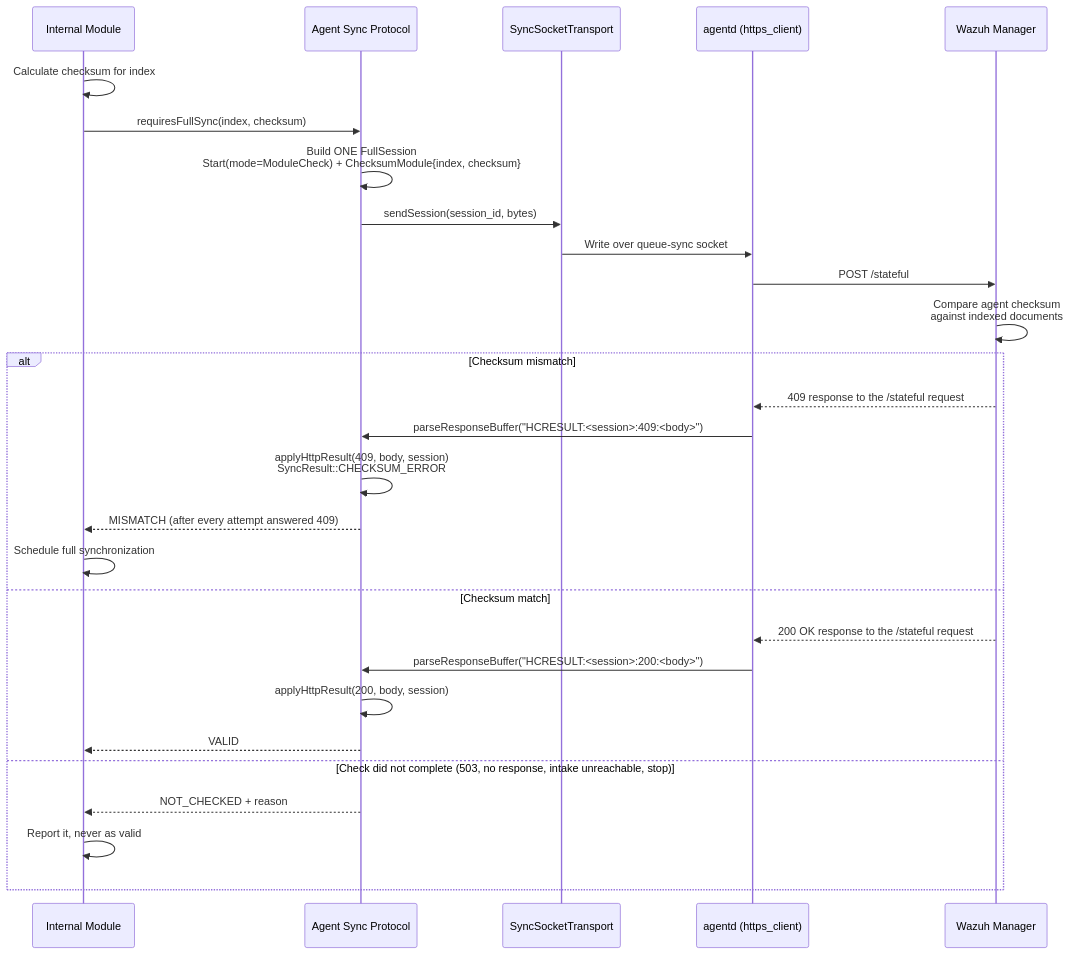
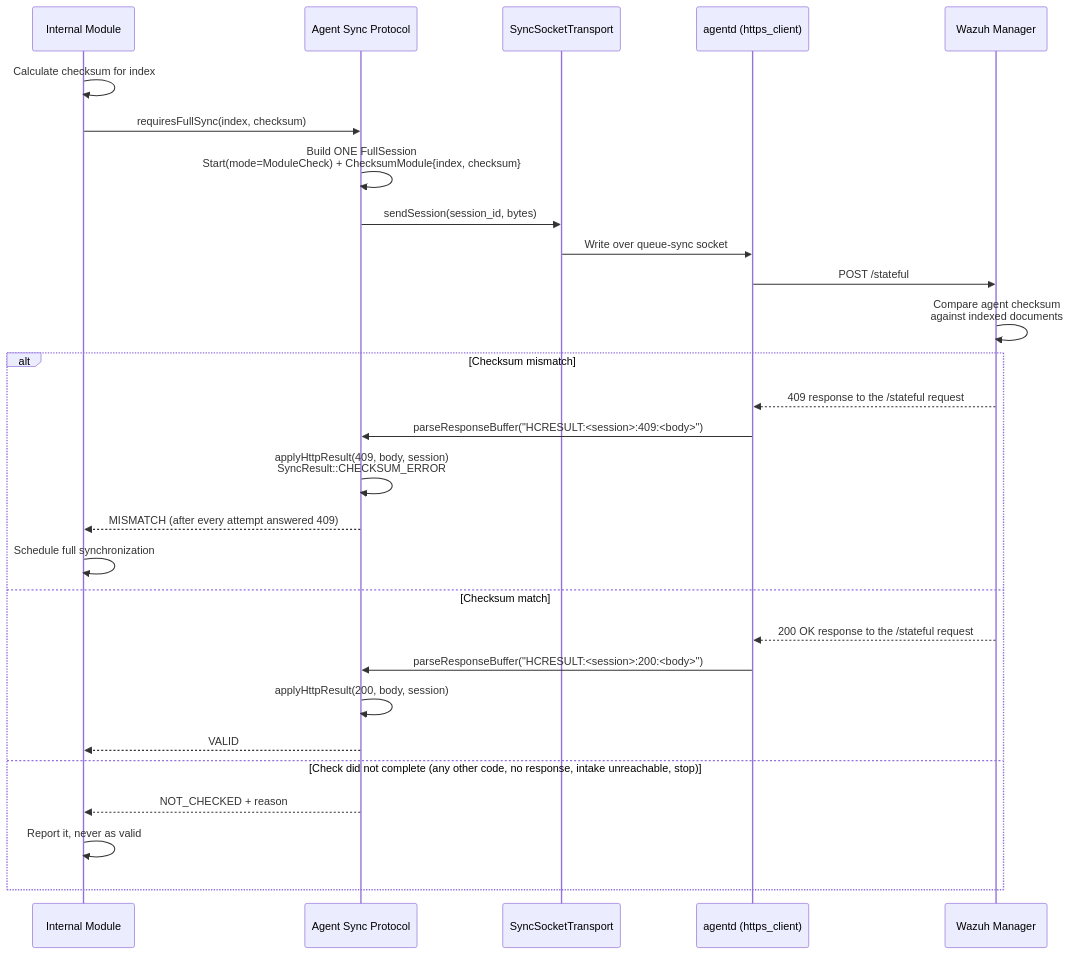
Before and after one commit to wazuh/wazuh: the fifth of 12 diagrams in docs/ref/modules/utils/sync-protocol/sequence-diagrams.md, drawn with Mermaid. The commit also changed other lines of this file and 264 other files, not shown here.

````diff
--- a/docs/ref/modules/utils/sync-protocol/sequence-diagrams.md
+++ b/docs/ref/modules/utils/sync-protocol/sequence-diagrams.md
@@ -114,34 +114,34 @@
 ```mermaid
 sequenceDiagram
     participant Module as Internal Module
     participant ASP as Agent Sync Protocol
     participant Transport as SyncSocketTransport
     participant AD as agentd (https_client)
     participant Manager as Wazuh Manager
 
     Module->>Module: Calculate checksum for index
     Module->>ASP: requiresFullSync(index, checksum)
 
     ASP->>ASP: Build ONE FullSession<br/>Start(mode=ModuleCheck) + ChecksumModule{index, checksum}
     ASP->>Transport: sendSession(session_id, bytes)
     Transport->>AD: Write over queue-sync socket
     AD->>Manager: POST /stateful
 
     Manager->>Manager: Compare agent checksum<br/>against indexed documents
 
     alt Checksum mismatch
         Manager-->>AD: 409 response to the /stateful request
         AD->>ASP: parseResponseBuffer("HCRESULT:<session>:409:<body>")
         ASP->>ASP: applyHttpResult(409, body, session)<br/>SyncResult::CHECKSUM_ERROR
         ASP-->>Module: MISMATCH (after every attempt answered 409)
         Module->>Module: Schedule full synchronization
     else Checksum match
         Manager-->>AD: 200 OK response to the /stateful request
         AD->>ASP: parseResponseBuffer("HCRESULT:<session>:200:<body>")
         ASP->>ASP: applyHttpResult(200, body, session)
         ASP-->>Module: VALID
-    else Check did not complete (503, no response, intake unreachable, stop)
+    else Check did not complete (any other code, no response, intake unreachable, stop)
         ASP-->>Module: NOT_CHECKED + reason
         Module->>Module: Report it, never as valid
     end
 ```
````
